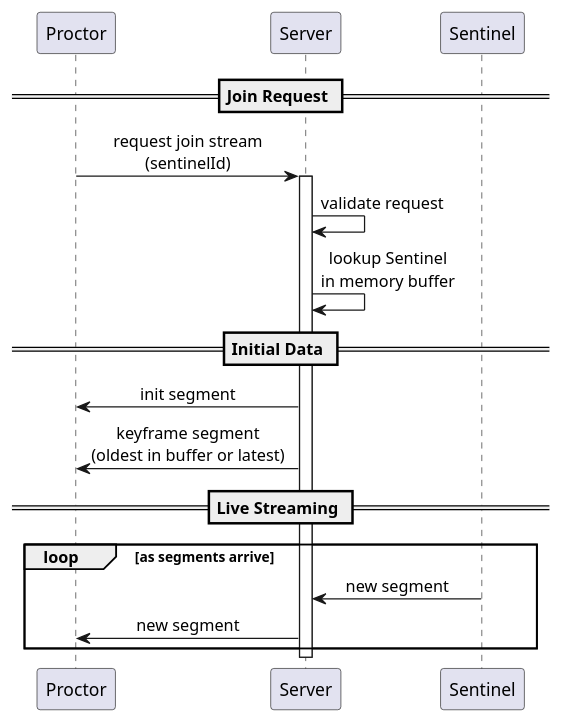
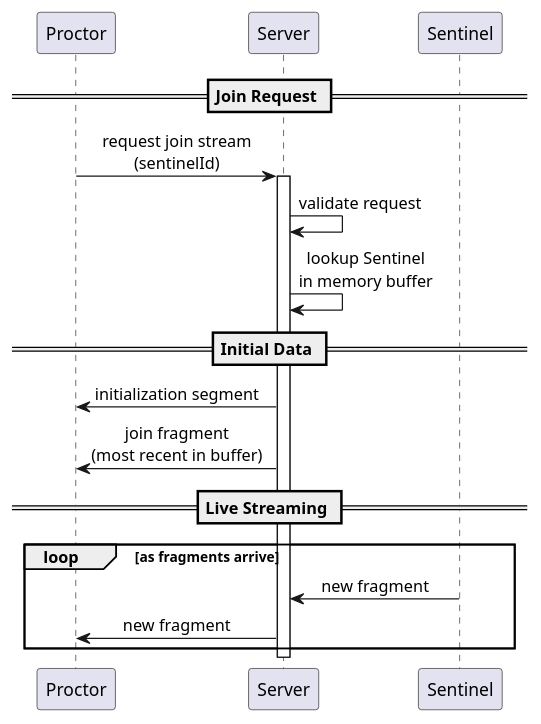
The first of 2 diagrams in hugo/content/docs/reference/media-spec/join-flow.md (2526-4ahitm-itp/2526-4ahitm-franklyn), drawn with PlantUML before and after one commit. The commit also changed other lines of this file and 11 other files, not shown here.

First line of the commit message:
docs(media-spec): clarify fMP4 fragments/join points; align encoding with OpenH264

````diff
--- a/hugo/content/docs/reference/media-spec/join-flow.md
+++ b/hugo/content/docs/reference/media-spec/join-flow.md
@@ -18,33 +20,33 @@
 ```plantuml
 @startuml
 skinparam sequenceMessageAlign center
 
 participant "Proctor" as P
 participant "Server" as Srv
 participant "Sentinel" as S
 
 == Join Request ==
 
 P -> Srv : request join stream\n(sentinelId)
 activate Srv
 
 Srv -> Srv : validate request
 Srv -> Srv : lookup Sentinel\nin memory buffer
 
 == Initial Data ==
 
-Srv -> P : init segment
+Srv -> P : initialization segment
 
-Srv -> P : keyframe segment\n(oldest in buffer or latest)
+Srv -> P : join fragment\n(most recent in buffer)
 
 == Live Streaming ==
 
-loop as segments arrive
-  S -> Srv : new segment
-  Srv -> P : new segment
+loop as fragments arrive
+  S -> Srv : new fragment
+  Srv -> P : new fragment
 end
 
 deactivate Srv
 
 @enduml
 ```
````
